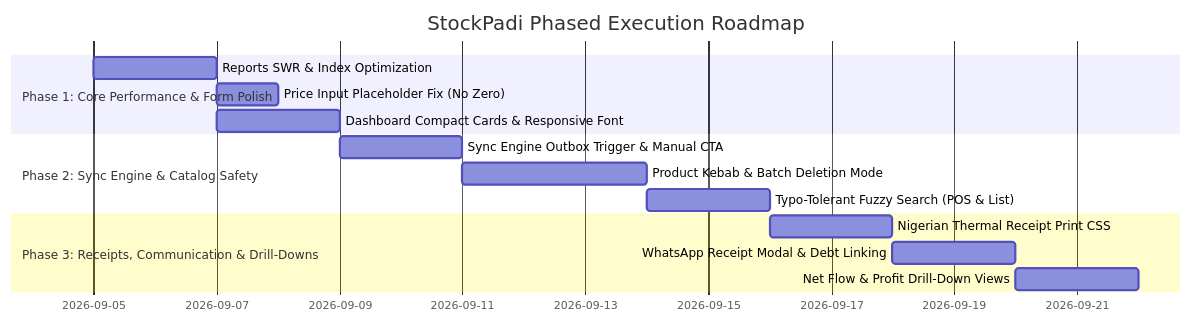
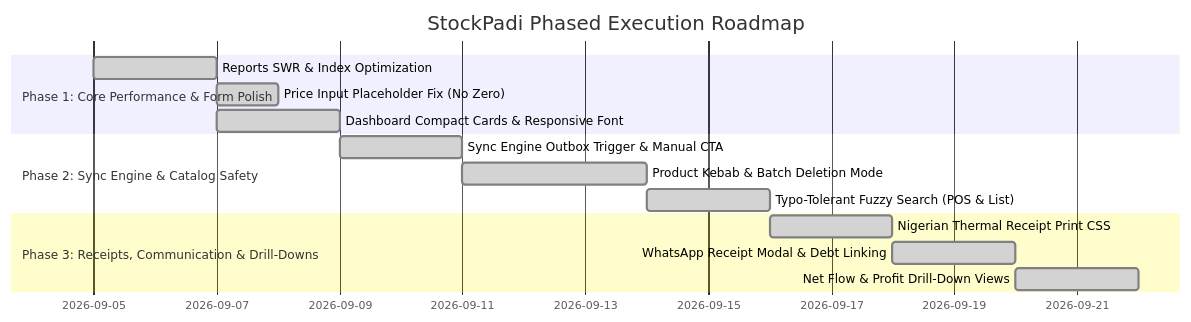
Before and after one commit to olaflay/stockpadi: the fourth of 5 diagrams in docs/SUSTAINABILITY-AND-EXPERIENCE-BLUEPRINT.md, drawn with Mermaid. The commit also changed other lines of this file and 1 other file, not shown here.

Commit message:
fix(reports): handle null result on reports page; mark blueprint completion status

````diff
--- a/docs/SUSTAINABILITY-AND-EXPERIENCE-BLUEPRINT.md
+++ b/docs/SUSTAINABILITY-AND-EXPERIENCE-BLUEPRINT.md
@@ -469,17 +471,17 @@
 ```mermaid
 gantt
     title StockPadi Phased Execution Roadmap
     dateFormat  YYYY-MM-DD
     section Phase 1: Core Performance & Form Polish
-    Reports SWR & Index Optimization        :p1_1, 2026-09-05, 2d
-    Price Input Placeholder Fix (No Zero)   :p1_2, after p1_1, 1d
-    Dashboard Compact Cards & Responsive Font :p1_3, after p1_1, 2d
+    Reports SWR & Index Optimization        :done, p1_1, 2026-09-05, 2d
+    Price Input Placeholder Fix (No Zero)   :done, p1_2, after p1_1, 1d
+    Dashboard Compact Cards & Responsive Font :done, p1_3, after p1_1, 2d
     section Phase 2: Sync Engine & Catalog Safety
-    Sync Engine Outbox Trigger & Manual CTA :p2_1, after p1_3, 2d
-    Product Kebab & Batch Deletion Mode     :p2_2, after p2_1, 3d
-    Typo-Tolerant Fuzzy Search (POS & List) :p2_3, after p2_2, 2d
+    Sync Engine Outbox Trigger & Manual CTA :done, p2_1, after p1_3, 2d
+    Product Kebab & Batch Deletion Mode     :done, p2_2, after p2_1, 3d
+    Typo-Tolerant Fuzzy Search (POS & List) :done, p2_3, after p2_2, 2d
     section Phase 3: Receipts, Communication & Drill-Downs
-    Nigerian Thermal Receipt Print CSS      :p3_1, after p2_3, 2d
-    WhatsApp Receipt Modal & Debt Linking   :p3_2, after p3_1, 2d
-    Net Flow & Profit Drill-Down Views      :p3_3, after p3_2, 2d
+    Nigerian Thermal Receipt Print CSS      :done, p3_1, after p2_3, 2d
+    WhatsApp Receipt Modal & Debt Linking   :done, p3_2, after p3_1, 2d
+    Net Flow & Profit Drill-Down Views      :done, p3_3, after p3_2, 2d
 ```
````
